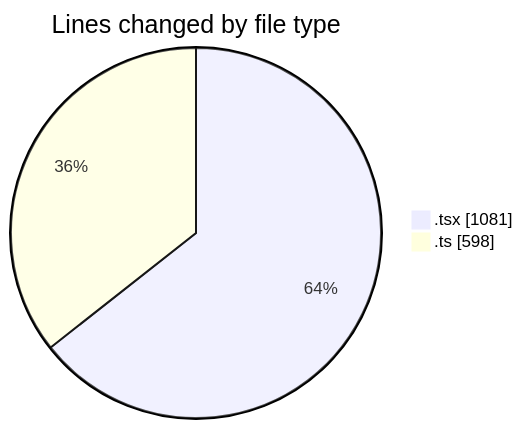
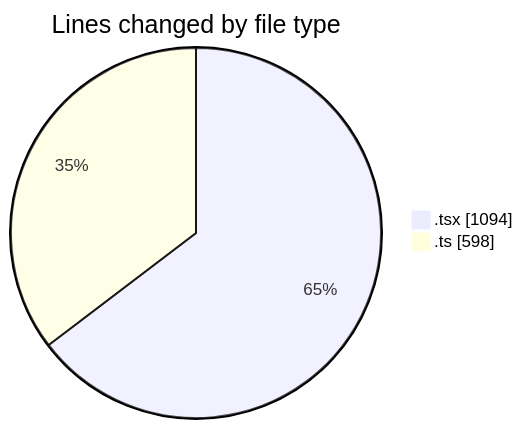
One commit to JenPaints/code-tracking changed the first of 2 diagrams in 2025-07-26/cohera/README.md. Above: the diagram before and after it, drawn with Mermaid. The commit also changed other lines of this file and 1 other file, not shown here.

````diff
--- a/2025-07-26/cohera/README.md
+++ b/2025-07-26/cohera/README.md
@@ -27,6 +27,6 @@
 ```mermaid
 pie showData
 title Lines changed by file type
-".tsx" : 1081
+".tsx" : 1094
 ".ts" : 598
 ```
````
